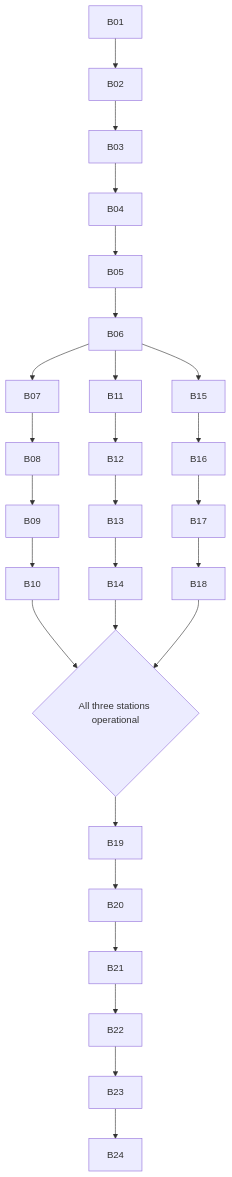
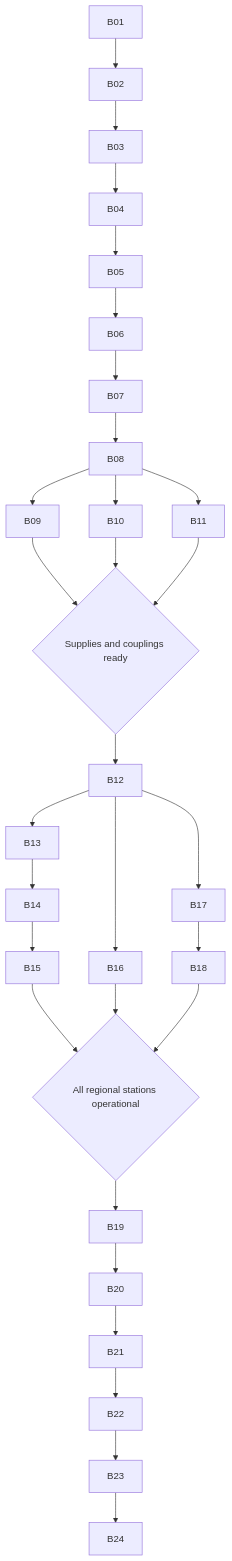
Before and after one commit to Hither1/open-world-bench: the diagram in docs/wildlands-long-horizon-tasks.md, drawn with Mermaid. The commit also changed other lines of this file and 12 other files, not shown here.

````diff
--- a/docs/wildlands-long-horizon-tasks.md
+++ b/docs/wildlands-long-horizon-tasks.md
@@ -152,11 +184,18 @@
 ```mermaid
 flowchart TD
-    B01 --> B02 --> B03 --> B04 --> B05 --> B06
-    B06 --> B07 --> B08 --> B09 --> B10
-    B06 --> B11 --> B12 --> B13 --> B14
-    B06 --> B15 --> B16 --> B17 --> B18
-    B10 --> J{All three stations operational}
-    B14 --> J
+    B01 --> B02 --> B03 --> B04 --> B05 --> B06 --> B07 --> B08
+    B08 --> B09
+    B08 --> B10
+    B08 --> B11
+    B09 --> P{Supplies and couplings ready}
+    B10 --> P
+    B11 --> P
+    P --> B12
+    B12 --> B13 --> B14 --> B15
+    B12 --> B16
+    B12 --> B17 --> B18
+    B15 --> J{All regional stations operational}
+    B16 --> J
     B18 --> J
     J --> B19 --> B20 --> B21 --> B22 --> B23 --> B24
 ```
````
